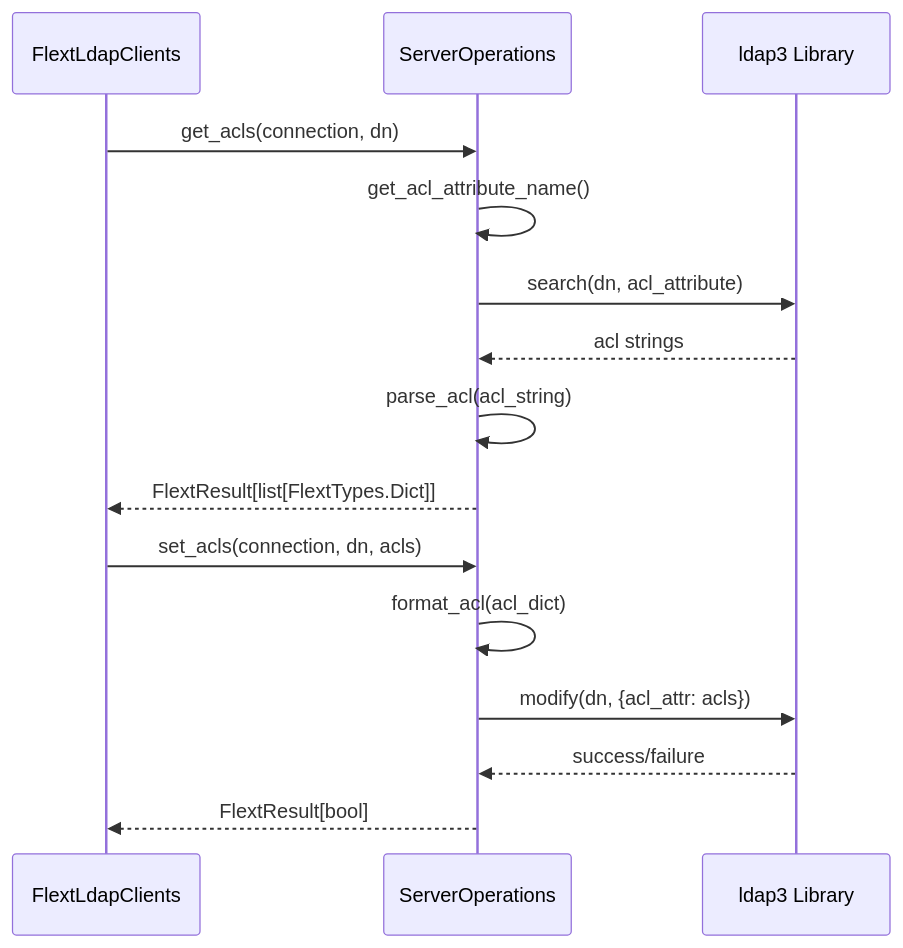
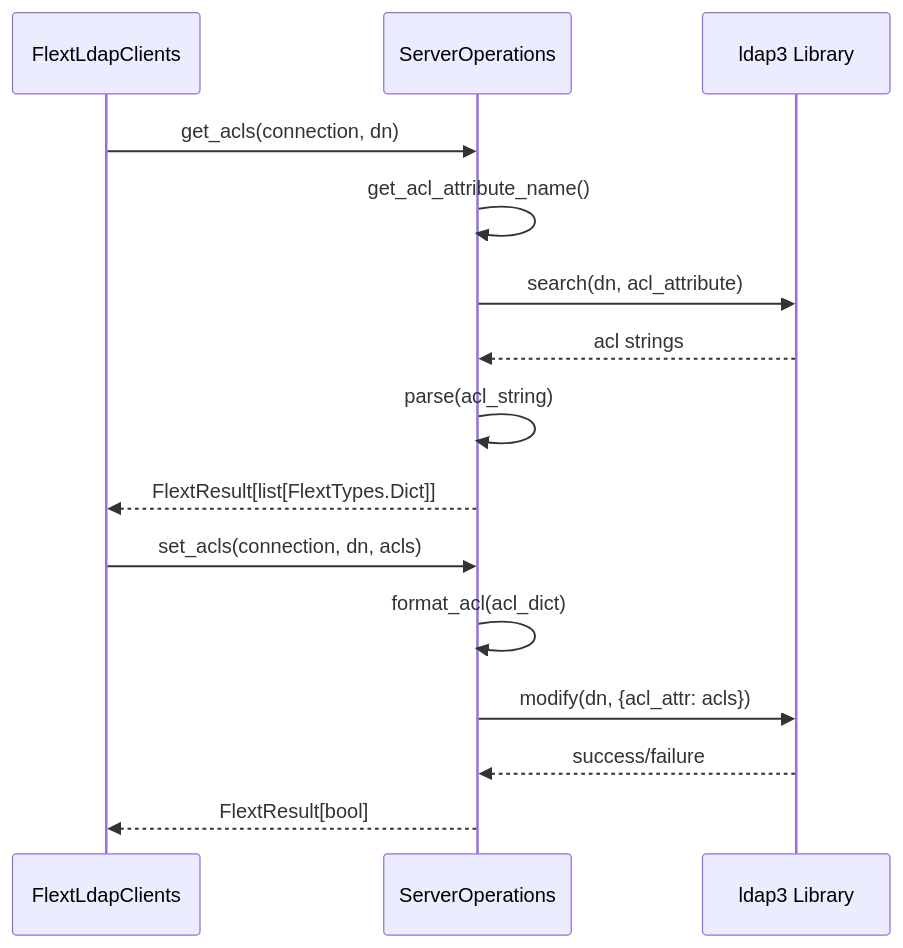
Before and after one commit to flext-sh/flext-ldap: the third of 3 diagrams in docs/architecture.md, drawn with Mermaid. The commit also changed 26 other files, not shown here.

````diff
--- a/docs/architecture.md
+++ b/docs/architecture.md
@@ -349,19 +349,19 @@
 ```mermaid
 sequenceDiagram
     participant Client as FlextLdapClients
     participant Ops as ServerOperations
     participant ldap3 as ldap3 Library
 
     Client->>Ops: get_acls(connection, dn)
     Ops->>Ops: get_acl_attribute_name()
     Ops->>ldap3: search(dn, acl_attribute)
     ldap3-->>Ops: acl strings
-    Ops->>Ops: parse_acl(acl_string)
+    Ops->>Ops: parse(acl_string)
     Ops-->>Client: FlextResult[list[FlextTypes.Dict]]
 
     Client->>Ops: set_acls(connection, dn, acls)
     Ops->>Ops: format_acl(acl_dict)
     Ops->>ldap3: modify(dn, {acl_attr: acls})
     ldap3-->>Ops: success/failure
     Ops-->>Client: FlextResult[bool]
 ```
````
